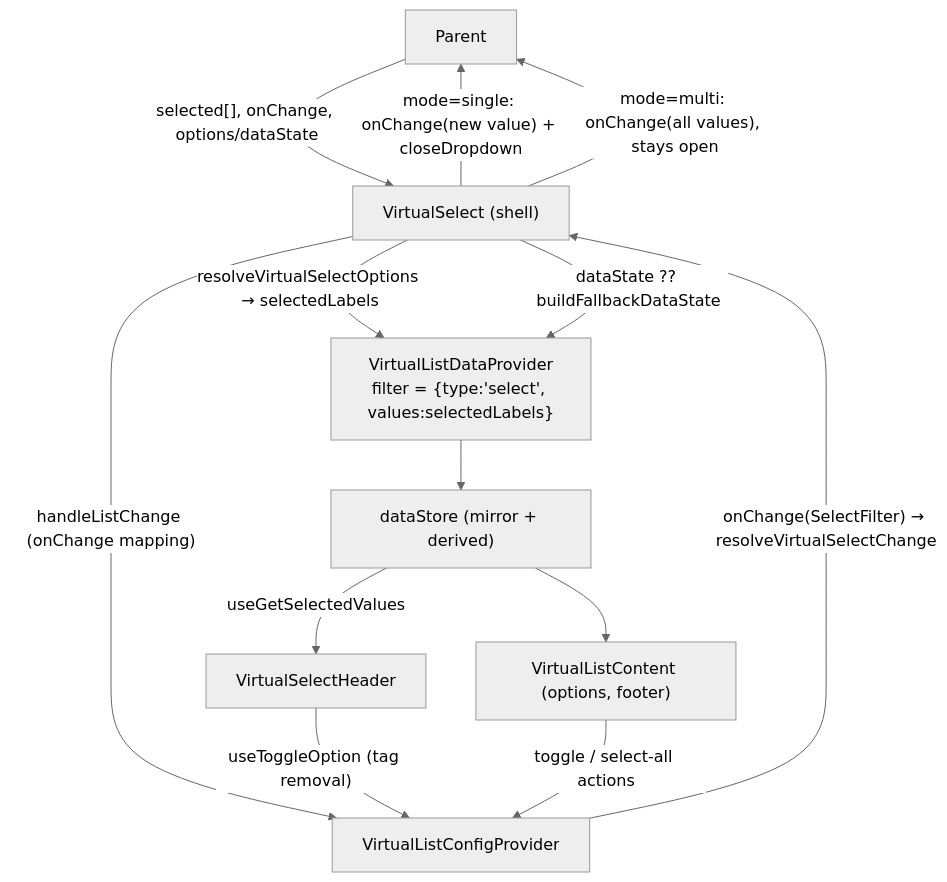
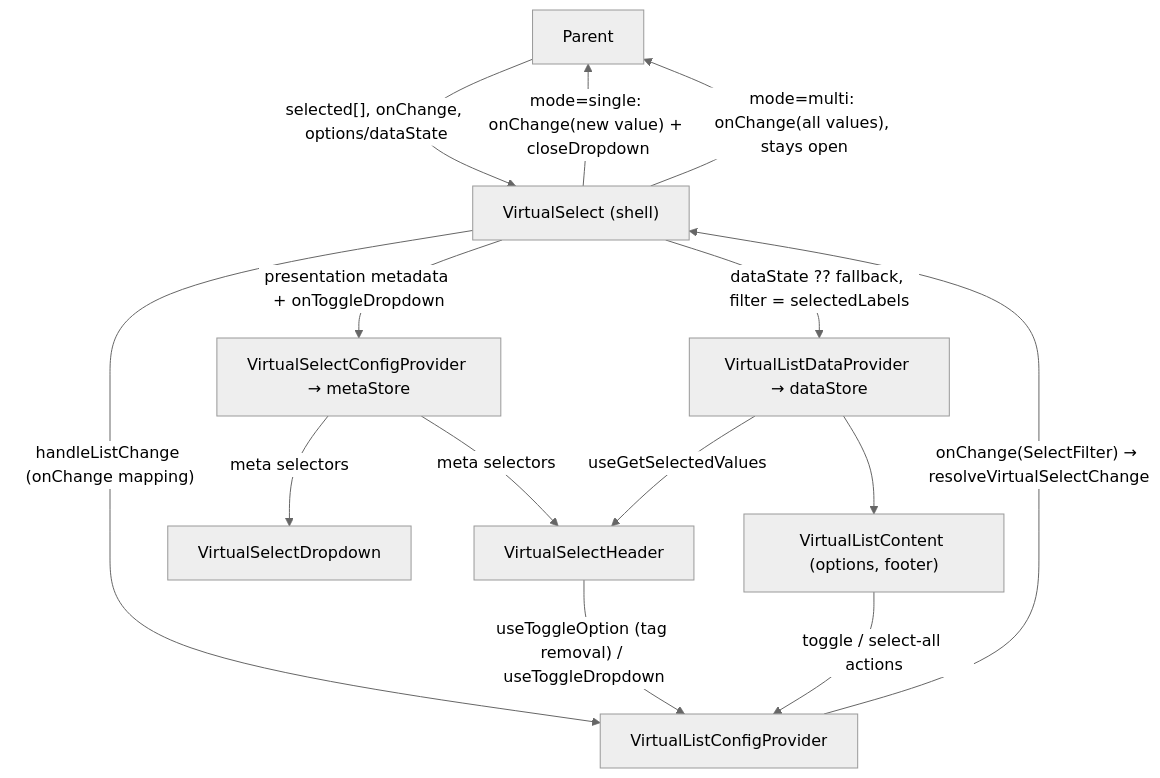
One commit to luciocabrera/lcabrera-stack changed the second of 3 diagrams in packages/ui/src/components/VirtualSelect/ARCHITECTURE.md. Above: the diagram before and after it, drawn with Mermaid (neutral theme). The commit also changed other lines of this file and 68 other files, not shown here.

First line of the commit message:
feat: Refactor VirtualSelect to use context for metadata management

````diff
--- a/packages/ui/src/components/VirtualSelect/ARCHITECTURE.md
+++ b/packages/ui/src/components/VirtualSelect/ARCHITECTURE.md
@@ -67,18 +71,19 @@
 ```mermaid
 graph TD
   Parent -->|"selected[], onChange, options/dataState"| VS["VirtualSelect (shell)"]
 
-  VS -->|"resolveVirtualSelectOptions → selectedLabels"| DATA["VirtualListDataProvider<br/>filter = {type:'select', values:selectedLabels}"]
-  VS -->|"dataState ?? buildFallbackDataState"| DATA
-  VS -->|"handleListChange (onChange mapping)"| CFG["VirtualListConfigProvider"]
+  VS -->|"presentation metadata + onToggleDropdown"| SCFG["VirtualSelectConfigProvider → metaStore"]
+  VS -->|"handleListChange (onChange mapping)"| LCFG["VirtualListConfigProvider"]
+  VS -->|"dataState ?? fallback, filter = selectedLabels"| LDATA["VirtualListDataProvider → dataStore"]
 
-  DATA --> DS["dataStore (mirror + derived)"]
-  DS -->|"useGetSelectedValues"| VSH["VirtualSelectHeader"]
-  VSH -->|"useToggleOption (tag removal)"| CFG
-  DS --> VLC["VirtualListContent (options, footer)"]
-  VLC -->|"toggle / select-all actions"| CFG
+  SCFG -->|"meta selectors"| VSH["VirtualSelectHeader"]
+  SCFG -->|"meta selectors"| VSD["VirtualSelectDropdown"]
+  LDATA -->|"useGetSelectedValues"| VSH
+  VSH -->|"useToggleOption (tag removal) / useToggleDropdown"| LCFG
+  LDATA --> VLC["VirtualListContent (options, footer)"]
+  VLC -->|"toggle / select-all actions"| LCFG
 
-  CFG -->|"onChange(SelectFilter) → resolveVirtualSelectChange"| VS
+  LCFG -->|"onChange(SelectFilter) → resolveVirtualSelectChange"| VS
   VS -->|"mode=single: onChange(new value) + closeDropdown"| Parent
   VS -->|"mode=multi: onChange(all values), stays open"| Parent
 ```
````
